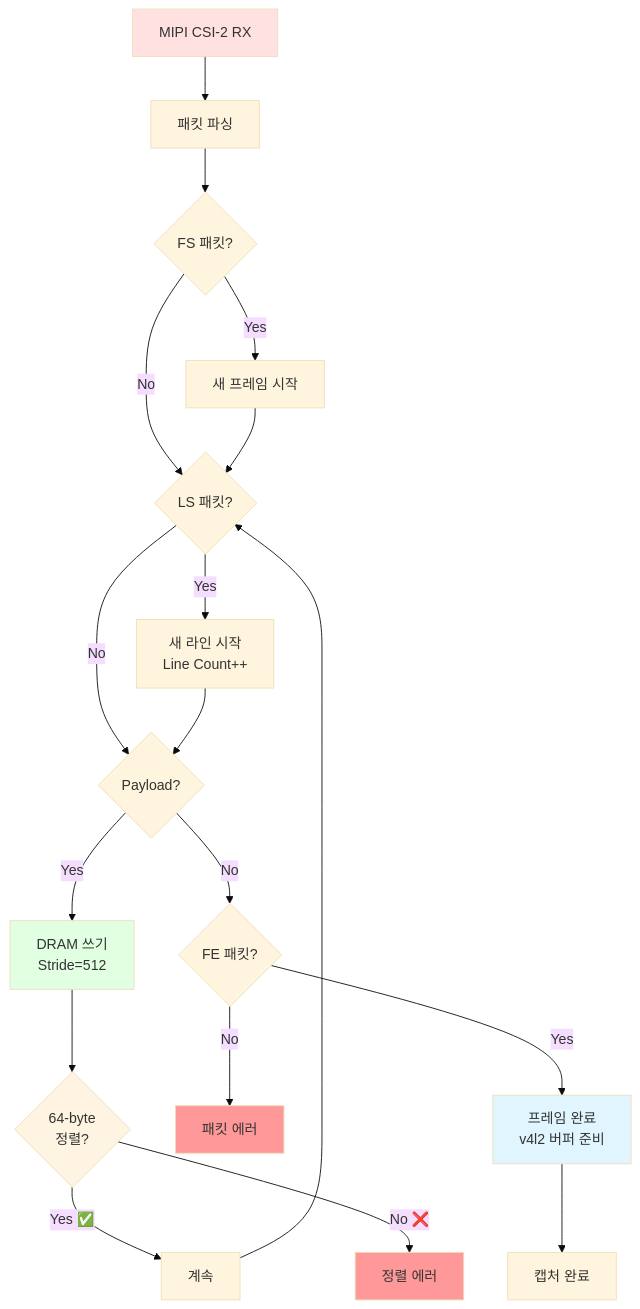
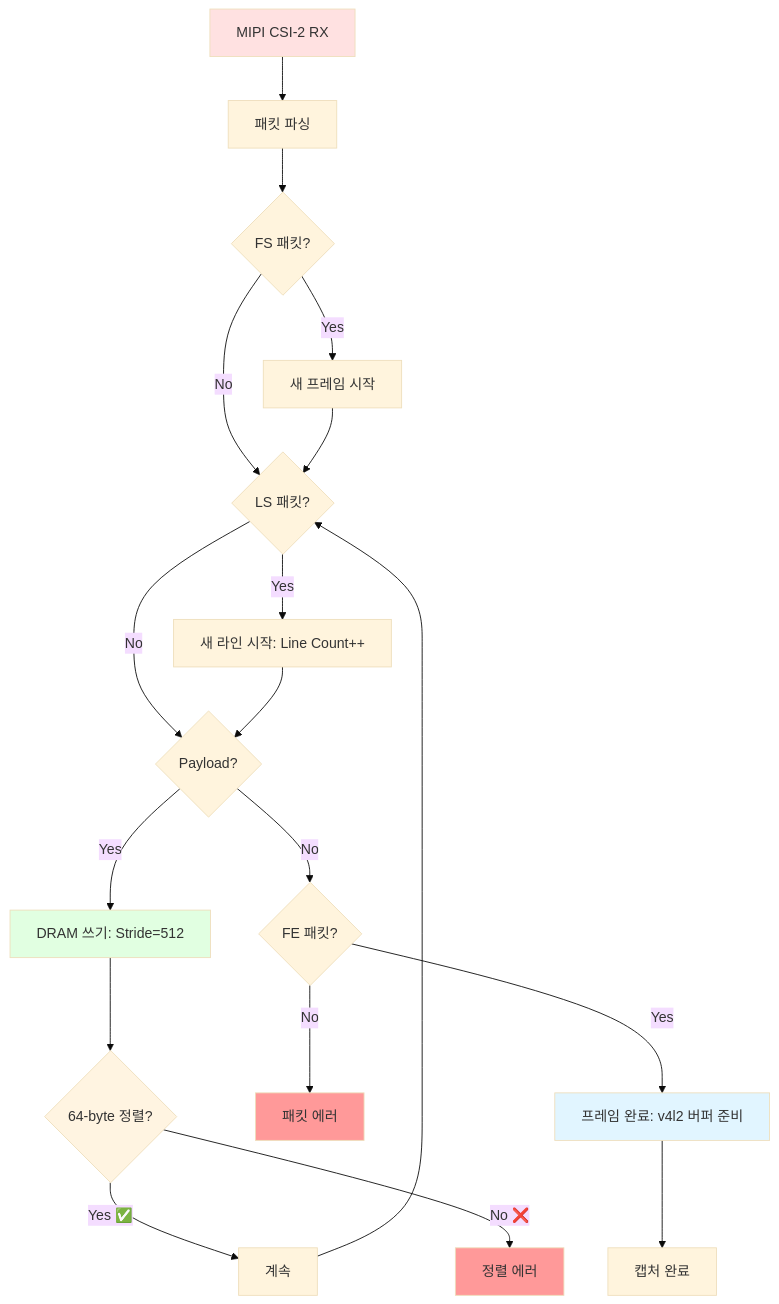
The fifth of 10 diagrams in agent-guide/system-flow-diagram.md (hnabyz-bot/fpga-imx8mp), drawn with Mermaid (base theme) before and after one commit. The commit also changed other lines of this file, not shown here.

Commit message:
Fix all HTML br tags in system-flow-diagram.md for GitHub Mermaid compatibility

````diff
--- a/agent-guide/system-flow-diagram.md
+++ b/agent-guide/system-flow-diagram.md
@@ -139,33 +139,33 @@
 ```mermaid
 flowchart TB
     RX[MIPI CSI-2 RX] --> Parse[패킷 파싱]
     Parse --> FSCheck{FS 패킷?}
     
     FSCheck -->|Yes| NewFrame[새 프레임 시작]
     FSCheck -->|No| LSCheck{LS 패킷?}
     
-    LSCheck -->|Yes| NewLine[새 라인 시작<br/>Line Count++]
+    LSCheck -->|Yes| NewLine[새 라인 시작: Line Count++]
     LSCheck -->|No| PayloadCheck{Payload?}
     
-    PayloadCheck -->|Yes| WriteRAM[DRAM 쓰기<br/>Stride=512]
+    PayloadCheck -->|Yes| WriteRAM[DRAM 쓰기: Stride=512]
     PayloadCheck -->|No| FECheck{FE 패킷?}
     
-    FECheck -->|Yes| Complete[프레임 완료<br/>v4l2 버퍼 준비]
+    FECheck -->|Yes| Complete[프레임 완료: v4l2 버퍼 준비]
     FECheck -->|No| Error[패킷 에러]
     
-    WriteRAM --> Align{64-byte<br/>정렬?}
+    WriteRAM --> Align{64-byte 정렬?}
     Align -->|Yes ✅| Continue[계속]
     Align -->|No ❌| AlignError[정렬 에러]
     
     Continue --> LSCheck
     NewLine --> PayloadCheck
     NewFrame --> LSCheck
     Complete --> Done[캡처 완료]
     
     style RX fill:#ffe1e1
     style WriteRAM fill:#e1ffe1
     style Align fill:#fff4e1
     style Complete fill:#e1f5ff
     style Error fill:#ff9999
     style AlignError fill:#ff9999
 ```
````
